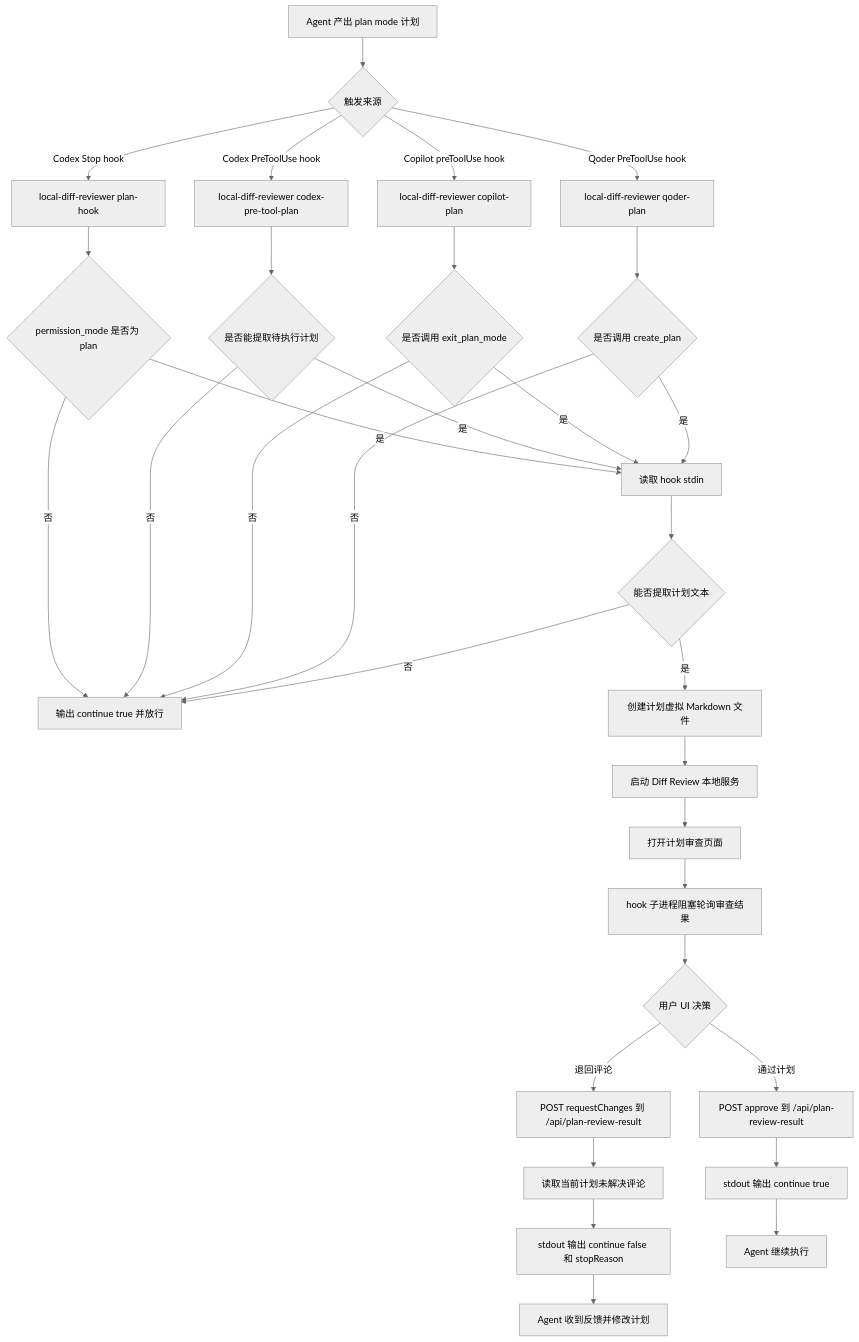
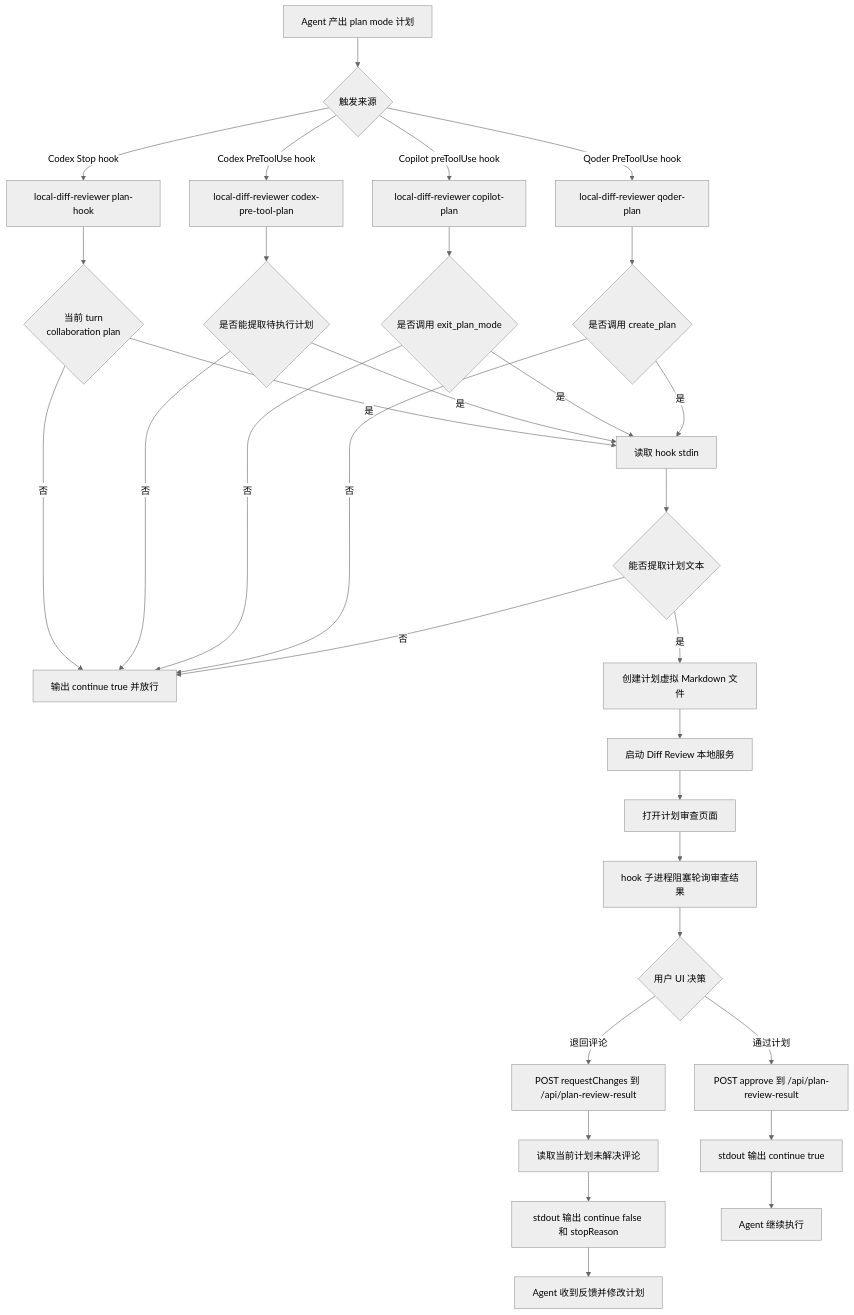
Before and after one commit to Mone-Lee/diff-review: the diagram in docs/plan-mode-hooks.md, drawn with Mermaid (neutral theme). The commit also changed other lines of this file and 4 other files, not shown here.

Commit message:
fix: detect Codex plan mode from collaboration turn

````diff
--- a/docs/plan-mode-hooks.md
+++ b/docs/plan-mode-hooks.md
@@ -163,43 +163,43 @@
 ```mermaid
 flowchart TD
   Agent[Agent 产出 plan mode 计划] --> Entry{触发来源}
 
   Entry -->|Codex Stop hook| CodexHook[local-diff-reviewer plan-hook]
   Entry -->|Codex PreToolUse hook| CodexPreToolHook[local-diff-reviewer codex-pre-tool-plan]
   Entry -->|Copilot preToolUse hook| CopilotHook[local-diff-reviewer copilot-plan]
   Entry -->|Qoder PreToolUse hook| QoderHook[local-diff-reviewer qoder-plan]
 
-  CodexHook --> CodexCheck{permission_mode 是否为 plan}
+  CodexHook --> CodexCheck{当前 turn<br/>collaboration plan}
   CodexPreToolHook --> CodexPreToolCheck{是否能提取待执行计划}
   CodexCheck -->|否| Pass[输出 continue true 并放行]
   CodexCheck -->|是| ReadInput[读取 hook stdin]
   CodexPreToolCheck -->|否| Pass
   CodexPreToolCheck -->|是| ReadInput
 
   CopilotHook --> CopilotCheck{是否调用 exit_plan_mode}
   CopilotCheck -->|否| Pass
   CopilotCheck -->|是| ReadInput
 
   QoderHook --> QoderCheck{是否调用 create_plan}
   QoderCheck -->|否| Pass
   QoderCheck -->|是| ReadInput
 
   ReadInput --> Extract{能否提取计划文本}
   Extract -->|否| Pass
   Extract -->|是| VirtualFile[创建计划虚拟 Markdown 文件]
 
   VirtualFile --> Server[启动 Diff Review 本地服务]
   Server --> Browser[打开计划审查页面]
   Browser --> Wait[hook 子进程阻塞轮询审查结果]
 
   Wait --> Review{用户 UI 决策}
   Review -->|通过计划| Approve[POST approve 到 /api/plan-review-result]
   Review -->|退回评论| RequestChanges[POST requestChanges 到 /api/plan-review-result]
 
   Approve --> Continue[stdout 输出 continue true]
   RequestChanges --> CollectComments[读取当前计划未解决评论]
   CollectComments --> Stop[stdout 输出 continue false 和 stopReason]
 
   Continue --> AgentContinue[Agent 继续执行]
   Stop --> AgentRevise[Agent 收到反馈并修改计划]
 ```
````
